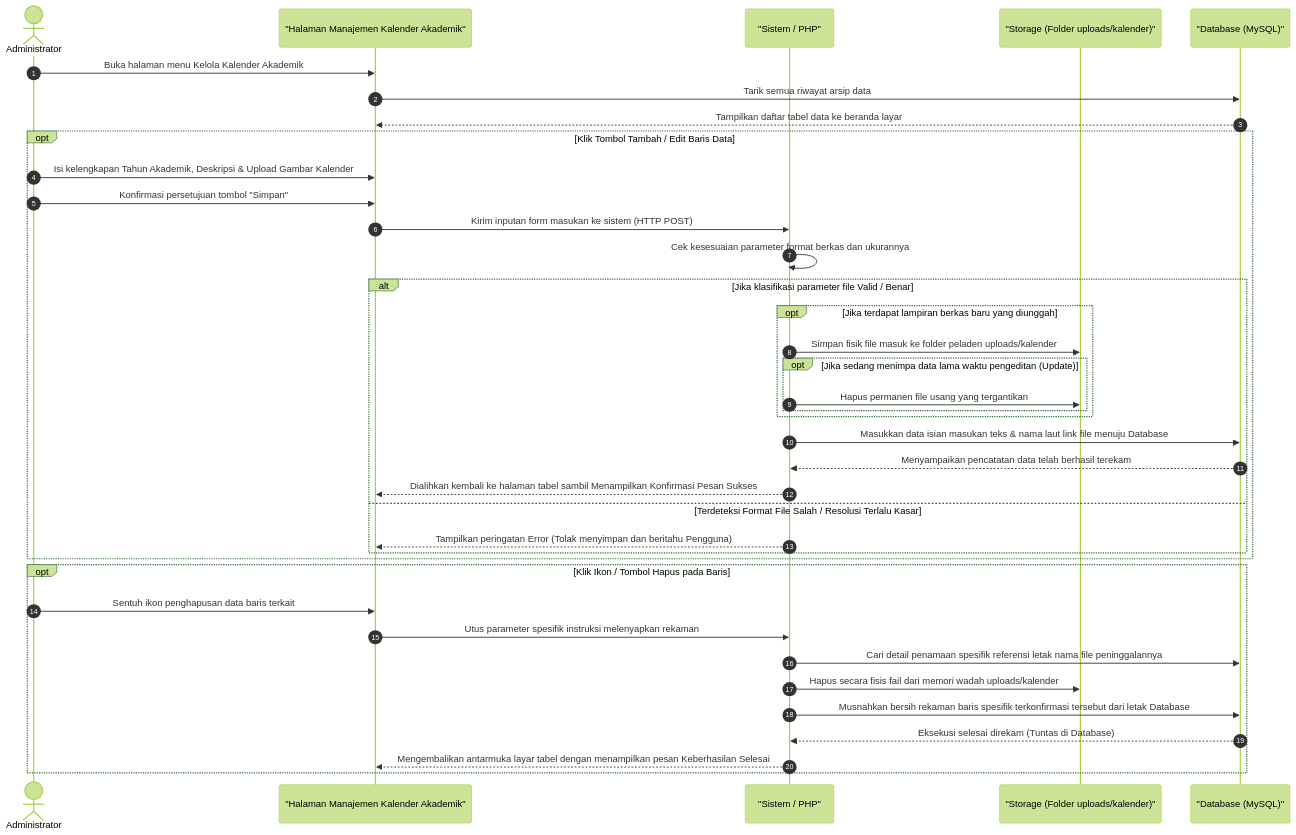
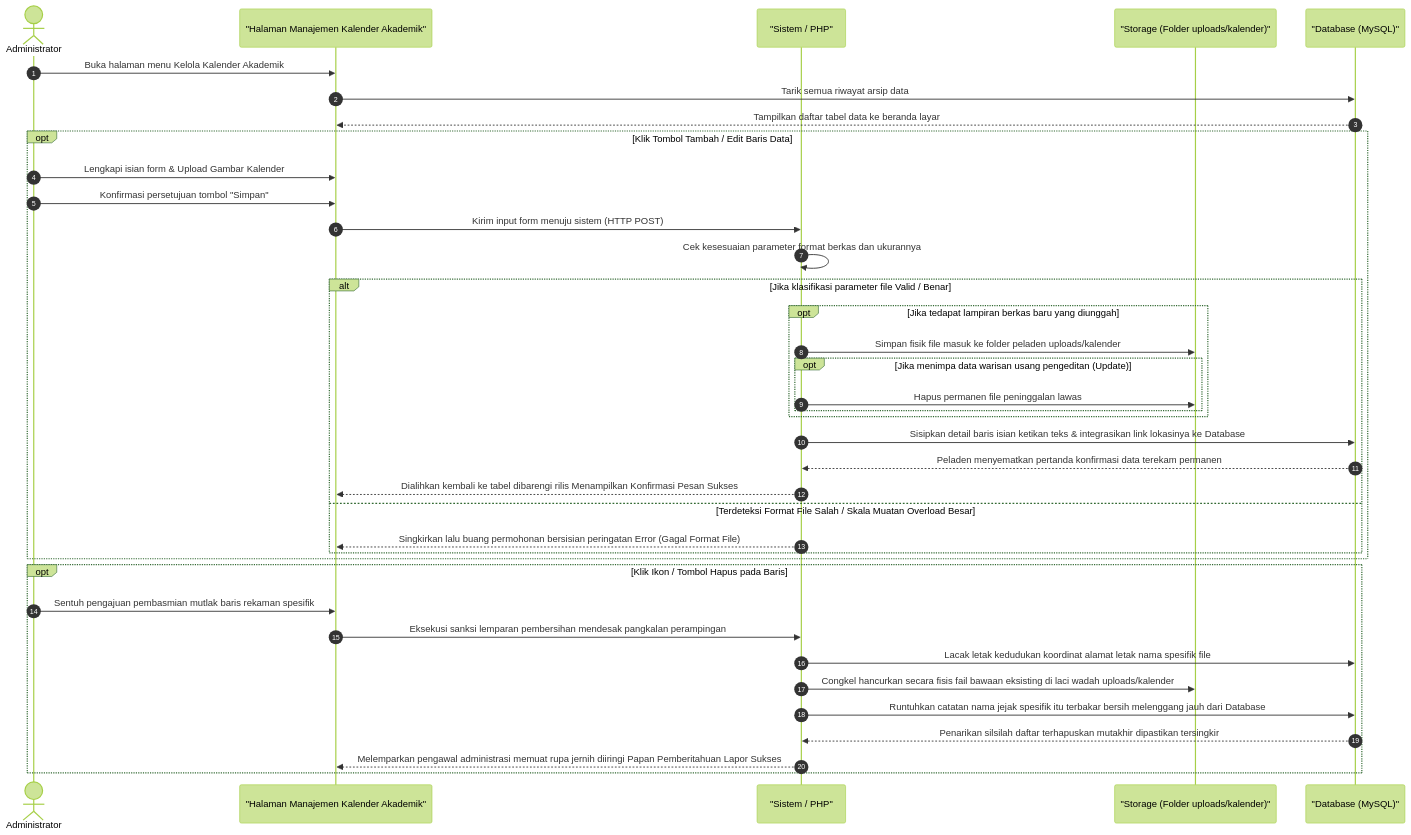
The diagram in docs/sequence_diagram_admin_kalender.md (arbain-dev/Web_fikom), drawn with Mermaid (forest theme) before and after one commit. The commit also changed other lines of this file and 18 other files, not shown here.

Commit message:
docs: mengubah format penjelasan sequence administrator dari list menjadi paragraf naratif

````diff
--- a/docs/sequence_diagram_admin_kalender.md
+++ b/docs/sequence_diagram_admin_kalender.md
@@ -29,48 +15,48 @@
 ```mermaid
 sequenceDiagram
     autonumber
     actor Admin as Administrator
     participant View as "Halaman Manajemen Kalender Akademik"
     participant System as "Sistem / PHP"
     participant Server as "Storage (Folder uploads/kalender)"
     participant DB as "Database (MySQL)"
 
     Admin->>View: Buka halaman menu Kelola Kalender Akademik
     View->>DB: Tarik semua riwayat arsip data
     DB-->>View: Tampilkan daftar tabel data ke beranda layar
 
     %% Proses Tambah / Edit
     opt Klik Tombol Tambah / Edit Baris Data
-        Admin->>View: Isi kelengkapan Tahun Akademik, Deskripsi & Upload Gambar Kalender
+        Admin->>View: Lengkapi isian form & Upload Gambar Kalender
         Admin->>View: Konfirmasi persetujuan tombol "Simpan"
-        View->>System: Kirim inputan form masukan ke sistem (HTTP POST)
+        View->>System: Kirim input form menuju sistem (HTTP POST)
 
         System->>System: Cek kesesuaian parameter format berkas dan ukurannya
         
         alt Jika klasifikasi parameter file Valid / Benar
-            opt Jika terdapat lampiran berkas baru yang diunggah
+            opt Jika tedapat lampiran berkas baru yang diunggah
                 System->>Server: Simpan fisik file masuk ke folder peladen uploads/kalender
-                opt Jika sedang menimpa data lama waktu pengeditan (Update)
-                    System->>Server: Hapus permanen file usang yang tergantikan
+                opt Jika menimpa data warisan usang pengeditan (Update)
+                    System->>Server: Hapus permanen file peninggalan lawas
                 end
             end
             
-            System->>DB: Masukkan data isian masukan teks & nama laut link file menuju Database
-            DB-->>System: Menyampaikan pencatatan data telah berhasil terekam
-            System-->>View: Dialihkan kembali ke halaman tabel sambil Menampilkan Konfirmasi Pesan Sukses
-        else Terdeteksi Format File Salah / Resolusi Terlalu Kasar
-            System-->>View: Tampilkan peringatan Error (Tolak menyimpan dan beritahu Pengguna)
+            System->>DB: Sisipkan detail baris isian ketikan teks & integrasikan link lokasinya ke Database
+            DB-->>System: Peladen menyematkan pertanda konfirmasi data terekam permanen
+            System-->>View: Dialihkan kembali ke tabel dibarengi rilis Menampilkan Konfirmasi Pesan Sukses
+        else Terdeteksi Format File Salah / Skala Muatan Overload Besar
+            System-->>View: Singkirkan lalu buang permohonan bersisian peringatan Error (Gagal Format File)
         end
     end
 
     %% Proses Hapus
     opt Klik Ikon / Tombol Hapus pada Baris
-        Admin->>View: Sentuh ikon penghapusan data baris terkait
-        View->>System: Utus parameter spesifik instruksi melenyapkan rekaman
-        System->>DB: Cari detail penamaan spesifik referensi letak nama file peninggalannya
-        System->>Server: Hapus secara fisis fail dari memori wadah uploads/kalender
-        System->>DB: Musnahkan bersih rekaman baris spesifik terkonfirmasi tersebut dari letak Database
-        DB-->>System: Eksekusi selesai direkam (Tuntas di Database)
-        System-->>View: Mengembalikan antarmuka layar tabel dengan menampilkan pesan Keberhasilan Selesai
+        Admin->>View: Sentuh pengajuan pembasmian mutlak baris rekaman spesifik
+        View->>System: Eksekusi sanksi lemparan pembersihan mendesak pangkalan perampingan
+        System->>DB: Lacak letak kedudukan koordinat alamat letak nama spesifik file 
+        System->>Server: Congkel hancurkan secara fisis fail bawaan eksisting di laci wadah uploads/kalender
+        System->>DB: Runtuhkan catatan nama jejak spesifik itu terbakar bersih melenggang jauh dari Database
+        DB-->>System: Penarikan silsilah daftar terhapuskan mutakhir dipastikan tersingkir
+        System-->>View: Melemparkan pengawal administrasi memuat rupa jernih diiringi Papan Pemberitahuan Lapor Sukses 
     end
 ```
````
